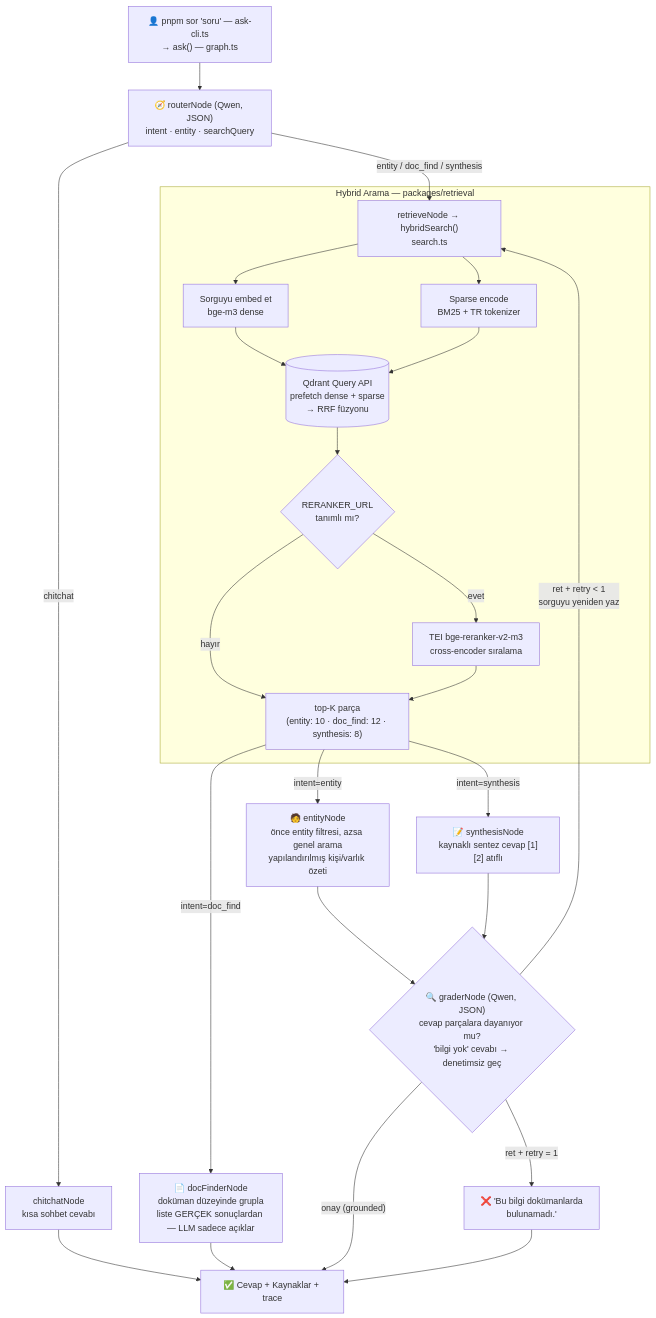
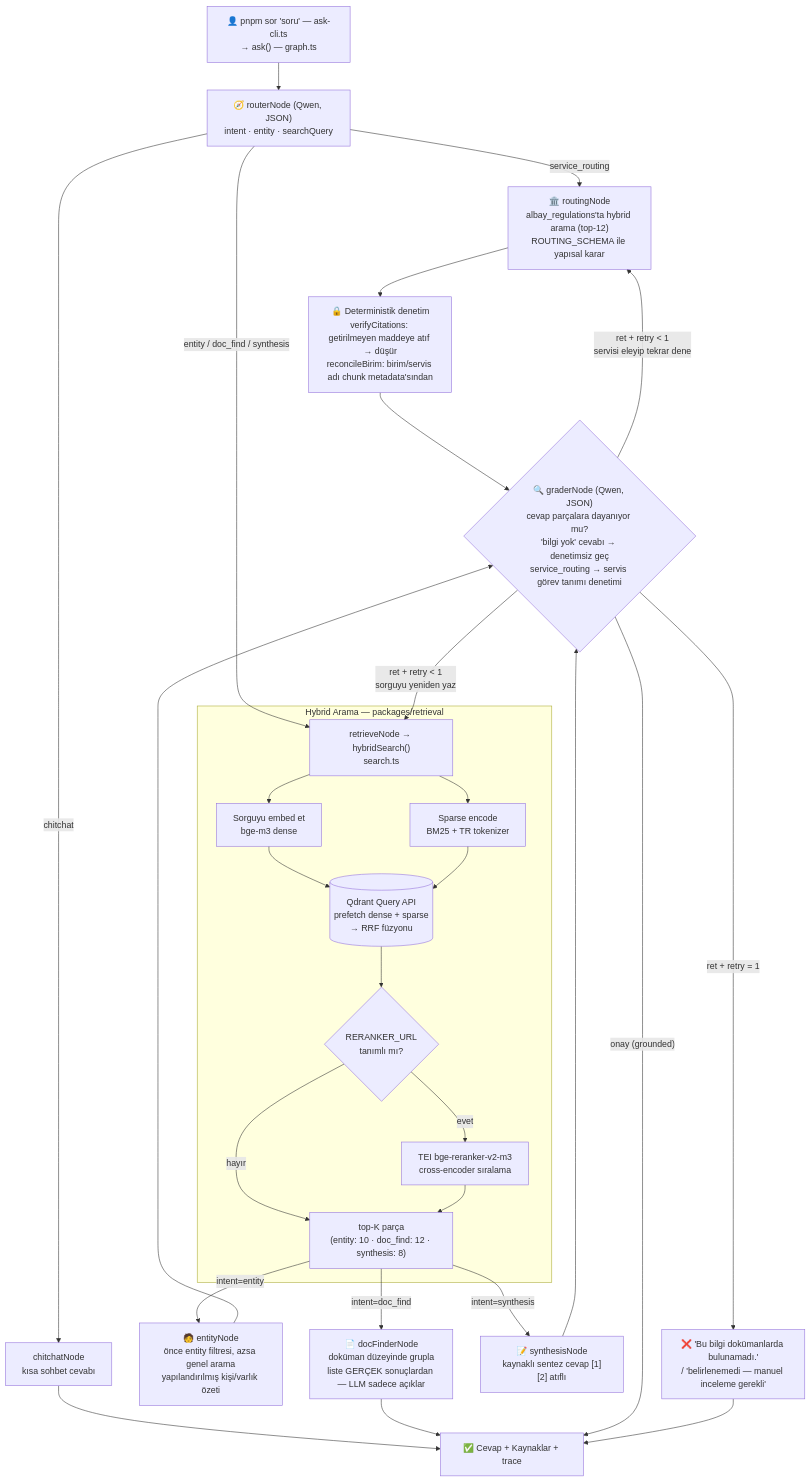
The second of 2 diagrams in README.md (albaytechnology/vergidairesi-rag-teknofest), drawn with Mermaid before and after one commit. The commit also changed other lines of this file and 83 other files, not shown here.

````diff
--- a/README.md
+++ b/README.md
@@ -47,32 +247,37 @@
 ```mermaid
 flowchart TD
     Q["👤 pnpm sor 'soru' — ask-cli.ts<br/>→ ask() — graph.ts"]
     Q --> R["🧭 routerNode (Qwen, JSON)<br/>intent · entity · searchQuery"]
     R -->|"chitchat"| CC["chitchatNode<br/>kısa sohbet cevabı"]
     CC --> ANS
+
+    R -->|"service_routing"| SR["🏛️ routingNode<br/>albay_regulations'ta hybrid arama (top-12)<br/>ROUTING_SCHEMA ile yapısal karar"]
+    SR --> V["🔒 Deterministik denetim<br/>verifyCitations: getirilmeyen maddeye atıf → düşür<br/>reconcileBirim: birim/servis adı chunk metadata'sından"]
+    V --> GR
 
     R -->|"entity / doc_find / synthesis"| RET["retrieveNode → hybridSearch()<br/>search.ts"]
 
     subgraph HS["Hybrid Arama — packages/retrieval"]
         RET --> E1["Sorguyu embed et<br/>bge-m3 dense"]
         RET --> E2["Sparse encode<br/>BM25 + TR tokenizer"]
         E1 --> QD[("Qdrant Query API<br/>prefetch dense + sparse<br/>→ RRF füzyonu")]
         E2 --> QD
         QD --> RR{"RERANKER_URL<br/>tanımlı mı?"}
         RR -->|"evet"| RE["TEI bge-reranker-v2-m3<br/>cross-encoder sıralama"]
         RR -->|"hayır"| TOPK
         RE --> TOPK["top-K parça<br/>(entity: 10 · doc_find: 12 · synthesis: 8)"]
     end
 
     TOPK -->|"intent=entity"| EA["🧑 entityNode<br/>önce entity filtresi, azsa genel arama<br/>yapılandırılmış kişi/varlık özeti"]
     TOPK -->|"intent=doc_find"| DF["📄 docFinderNode<br/>doküman düzeyinde grupla<br/>liste GERÇEK sonuçlardan — LLM sadece açıklar"]
     TOPK -->|"intent=synthesis"| SY["📝 synthesisNode<br/>kaynaklı sentez cevap [1][2] atıflı"]
 
     DF --> ANS["✅ Cevap + Kaynaklar + trace"]
-    EA --> GR{"🔍 graderNode (Qwen, JSON)<br/>cevap parçalara dayanıyor mu?<br/>'bilgi yok' cevabı → denetimsiz geç"}
+    EA --> GR{"🔍 graderNode (Qwen, JSON)<br/>cevap parçalara dayanıyor mu?<br/>'bilgi yok' cevabı → denetimsiz geç<br/>service_routing → servis görev tanımı denetimi"}
     SY --> GR
     GR -->|"onay (grounded)"| ANS
     GR -->|"ret + retry &lt; 1<br/>sorguyu yeniden yaz"| RET
-    GR -->|"ret + retry = 1"| NF["❌ 'Bu bilgi dokümanlarda<br/>bulunamadı.'"]
+    GR -->|"ret + retry &lt; 1<br/>servisi eleyip tekrar dene"| SR
+    GR -->|"ret + retry = 1"| NF["❌ 'Bu bilgi dokümanlarda bulunamadı.'<br/>/ 'belirlenemedi — manuel inceleme gerekli'"]
     NF --> ANS
 ```
````
